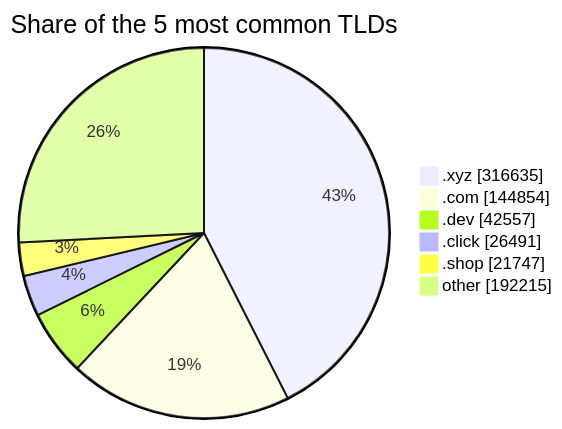
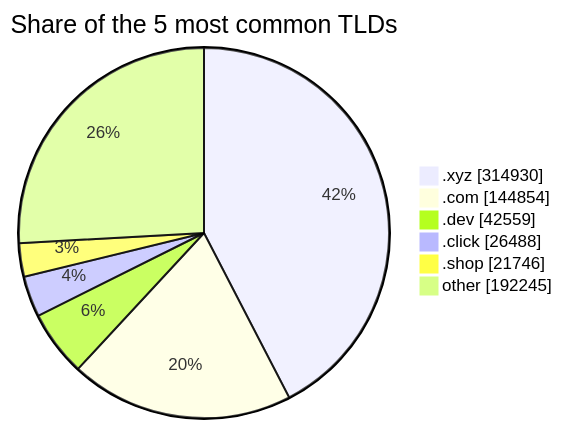
Before and after one commit to DNSBunker/CTI: the third of 3 diagrams in README.md, drawn with Mermaid. The commit also changed other lines of this file and 3 other files, not shown here.

````diff
--- a/README.md
+++ b/README.md
@@ -81,9 +81,9 @@
 ```mermaid
 pie showData title Share of the 5 most common TLDs
-    ".xyz" : 316635
+    ".xyz" : 314930
     ".com" : 144854
-    ".dev" : 42557
-    ".click" : 26491
-    ".shop" : 21747
-    "other" : 192215
+    ".dev" : 42559
+    ".click" : 26488
+    ".shop" : 21746
+    "other" : 192245
 ```
````
